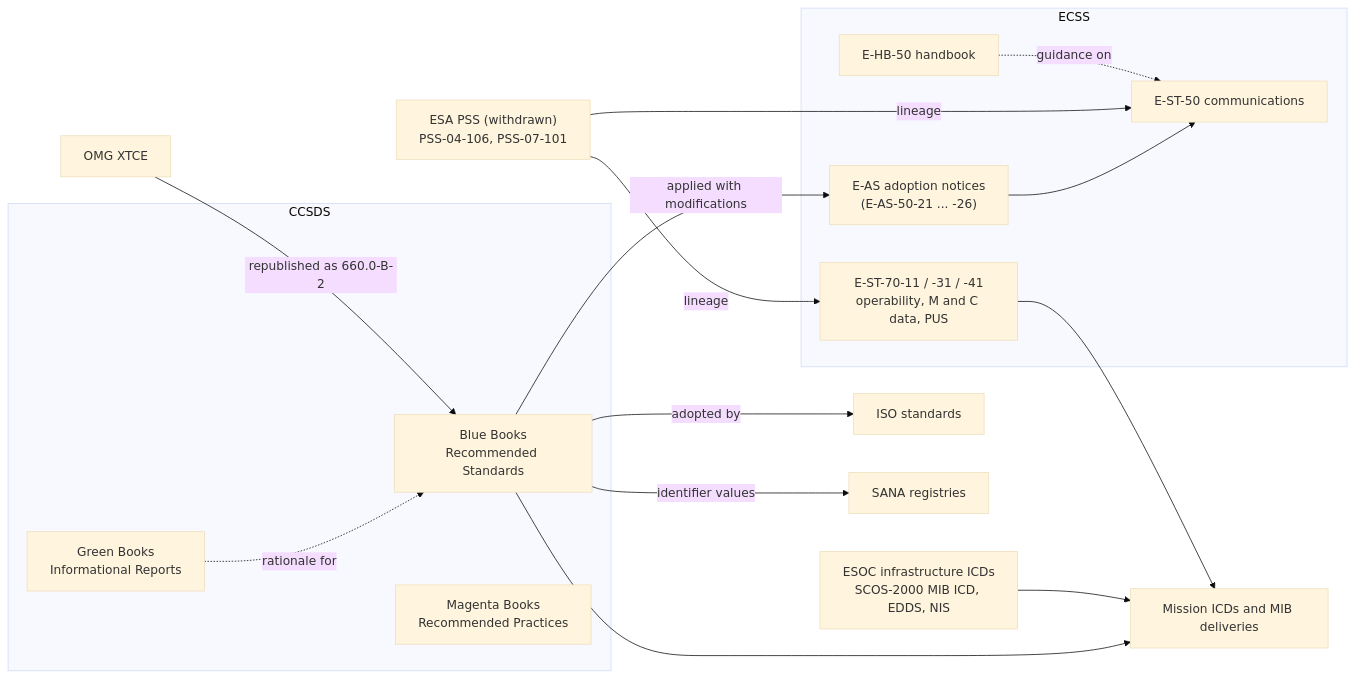
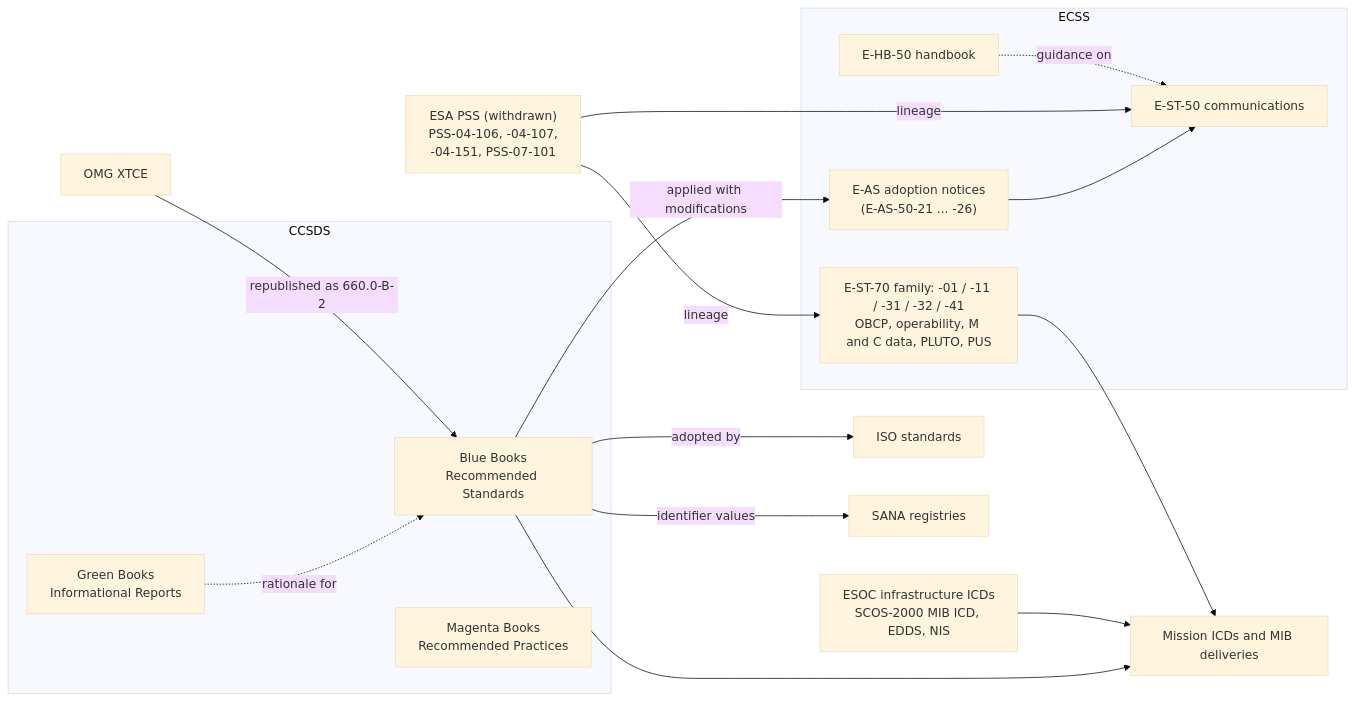
Before and after one commit to feiteira/OPEN-SPACE-INFO: the first of 2 diagrams in docs/overview/standards-map.md, drawn with Mermaid (base theme). The commit also changed other lines of this file and 1311 other files, not shown here.

````diff
--- a/docs/overview/standards-map.md
+++ b/docs/overview/standards-map.md
@@ -48,32 +49,32 @@
 ```mermaid
 flowchart LR
   subgraph CC["CCSDS"]
     BB["Blue Books<br/>Recommended Standards"]
     GB["Green Books<br/>Informational Reports"]
     MB["Magenta Books<br/>Recommended Practices"]
   end
   subgraph EC["ECSS"]
     AS["E-AS adoption notices<br/>(E-AS-50-21 ... -26)"]
     ST50["E-ST-50 communications"]
-    ST70["E-ST-70-11 / -31 / -41<br/>operability, M and C data, PUS"]
+    ST70["E-ST-70 family: -01 / -11 / -31 / -32 / -41<br/>OBCP, operability, M and C data, PLUTO, PUS"]
     HB["E-HB-50 handbook"]
   end
-  PSS["ESA PSS (withdrawn)<br/>PSS-04-106, PSS-07-101"]
+  PSS["ESA PSS (withdrawn)<br/>PSS-04-106, -04-107,<br/>-04-151, PSS-07-101"]
   ISO["ISO standards"]
   OMG["OMG XTCE"]
   SANA["SANA registries"]
   ESOC["ESOC infrastructure ICDs<br/>SCOS-2000 MIB ICD, EDDS, NIS"]
   MIS["Mission ICDs and MIB deliveries"]
   GB -.->|"rationale for"| BB
   BB -->|"adopted by"| ISO
   BB -->|"applied with modifications"| AS
   AS --> ST50
   PSS -->|"lineage"| ST50
   PSS -->|"lineage"| ST70
   OMG -->|"republished as 660.0-B-2"| BB
   BB -->|"identifier values"| SANA
   HB -.->|"guidance on"| ST50
   ST70 --> MIS
   BB --> MIS
   ESOC --> MIS
 ```
````
